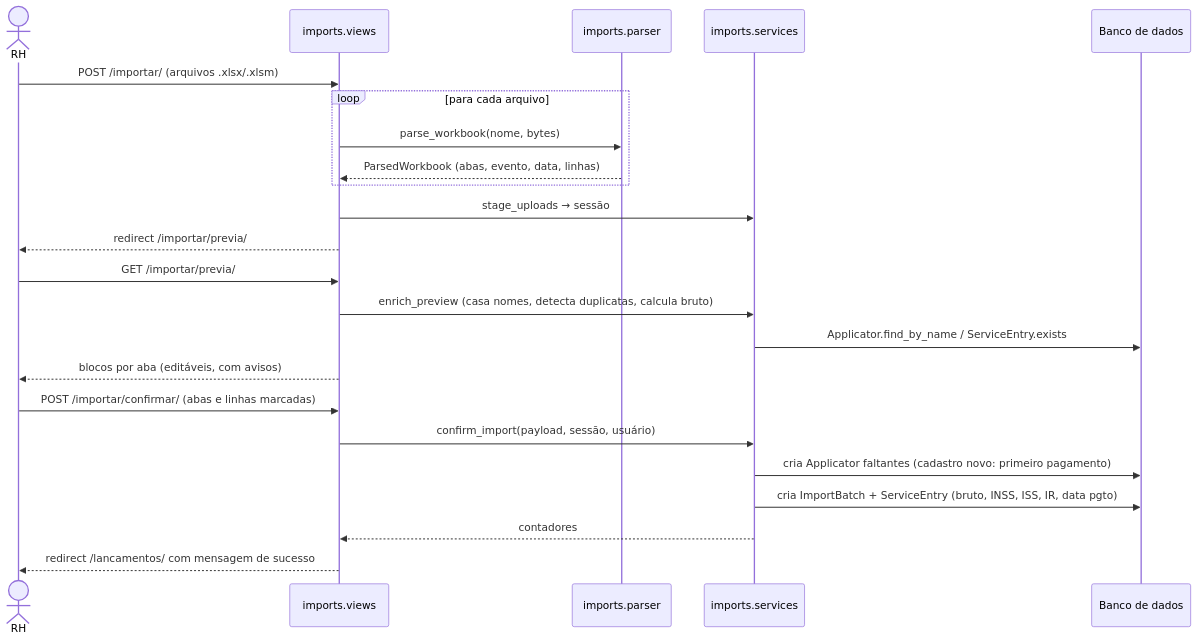
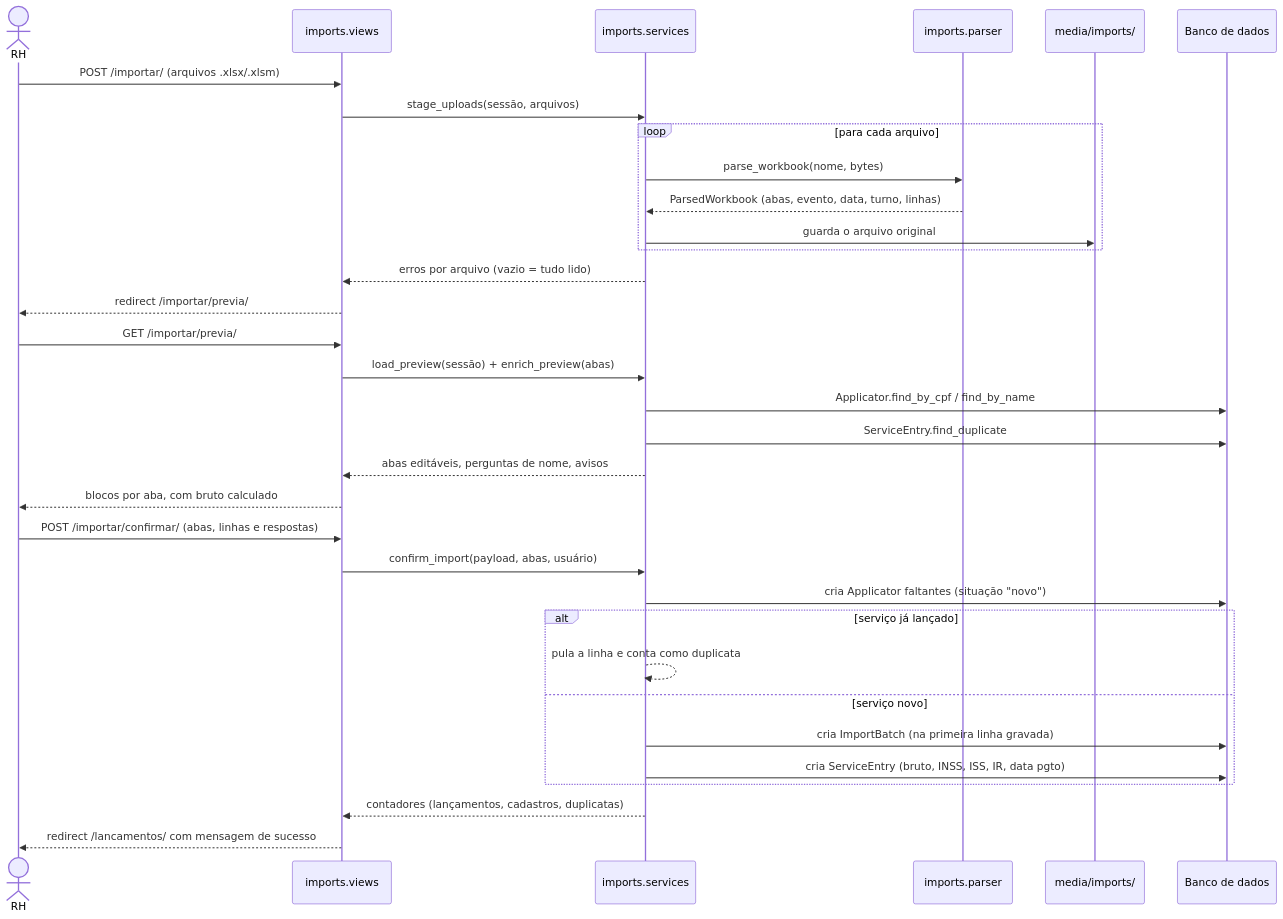
The third of 4 diagrams in README.md (bernardozschaber/tp1-eng-soft), drawn with Mermaid before and after one commit. The commit also changed other lines of this file, not shown here.

Commit message:
docs: correct the import sequence diagram
A view não chama o parser: ela chama stage_uploads, e é o serviço que lê cada
planilha e guarda o arquivo original. A assinatura de confirm_import também
estava errada. Acrescentados o descarte de linha já lançada e o ImportBatch
criado só na primeira linha gravada.

````diff
--- a/README.md
+++ b/README.md
@@ -356,26 +356,38 @@
 ```mermaid
 sequenceDiagram
     actor RH
     participant View as imports.views
+    participant Service as imports.services
     participant Parser as imports.parser
-    participant Service as imports.services
+    participant Media as media/imports/
     participant DB as Banco de dados
 
     RH->>View: POST /importar/ (arquivos .xlsx/.xlsm)
+    View->>Service: stage_uploads(sessão, arquivos)
     loop para cada arquivo
-        View->>Parser: parse_workbook(nome, bytes)
-        Parser-->>View: ParsedWorkbook (abas, evento, data, linhas)
+        Service->>Parser: parse_workbook(nome, bytes)
+        Parser-->>Service: ParsedWorkbook (abas, evento, data, turno, linhas)
+        Service->>Media: guarda o arquivo original
     end
-    View->>Service: stage_uploads → sessão
+    Service-->>View: erros por arquivo (vazio = tudo lido)
     View-->>RH: redirect /importar/previa/
+
     RH->>View: GET /importar/previa/
-    View->>Service: enrich_preview (casa nomes, detecta duplicatas, calcula bruto)
-    Service->>DB: Applicator.find_by_name / ServiceEntry.exists
-    View-->>RH: blocos por aba (editáveis, com avisos)
-    RH->>View: POST /importar/confirmar/ (abas e linhas marcadas)
-    View->>Service: confirm_import(payload, sessão, usuário)
-    Service->>DB: cria Applicator faltantes (cadastro novo: primeiro pagamento)
-    Service->>DB: cria ImportBatch + ServiceEntry (bruto, INSS, ISS, IR, data pgto)
-    Service-->>View: contadores
+    View->>Service: load_preview(sessão) + enrich_preview(abas)
+    Service->>DB: Applicator.find_by_cpf / find_by_name
+    Service->>DB: ServiceEntry.find_duplicate
+    Service-->>View: abas editáveis, perguntas de nome, avisos
+    View-->>RH: blocos por aba, com bruto calculado
+
+    RH->>View: POST /importar/confirmar/ (abas, linhas e respostas)
+    View->>Service: confirm_import(payload, abas, usuário)
+    Service->>DB: cria Applicator faltantes (situação "novo")
+    alt serviço já lançado
+        Service-->>Service: pula a linha e conta como duplicata
+    else serviço novo
+        Service->>DB: cria ImportBatch (na primeira linha gravada)
+        Service->>DB: cria ServiceEntry (bruto, INSS, ISS, IR, data pgto)
+    end
+    Service-->>View: contadores (lançamentos, cadastros, duplicatas)
     View-->>RH: redirect /lancamentos/ com mensagem de sucesso
 ```
````
